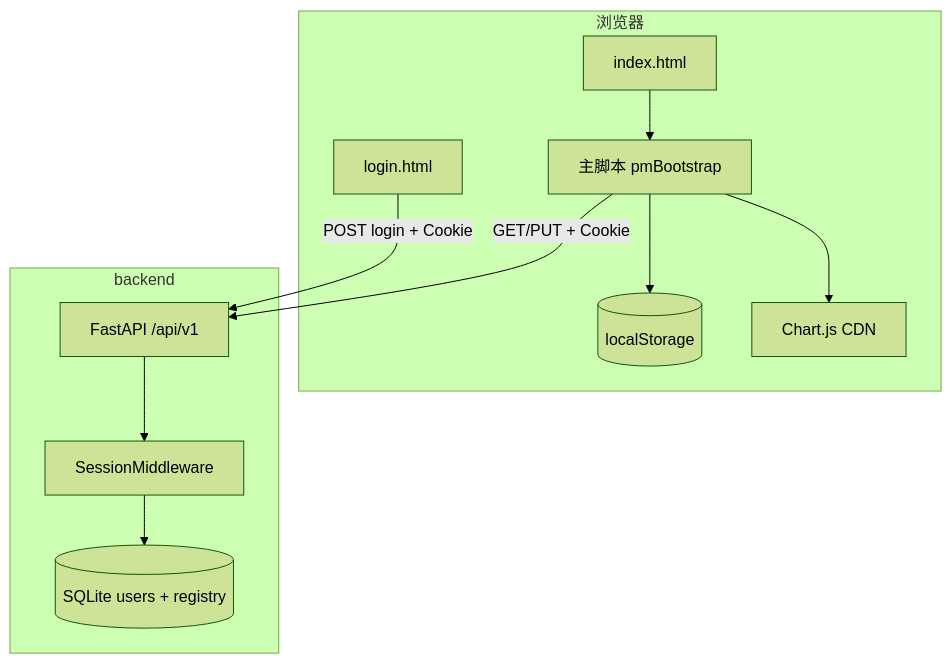
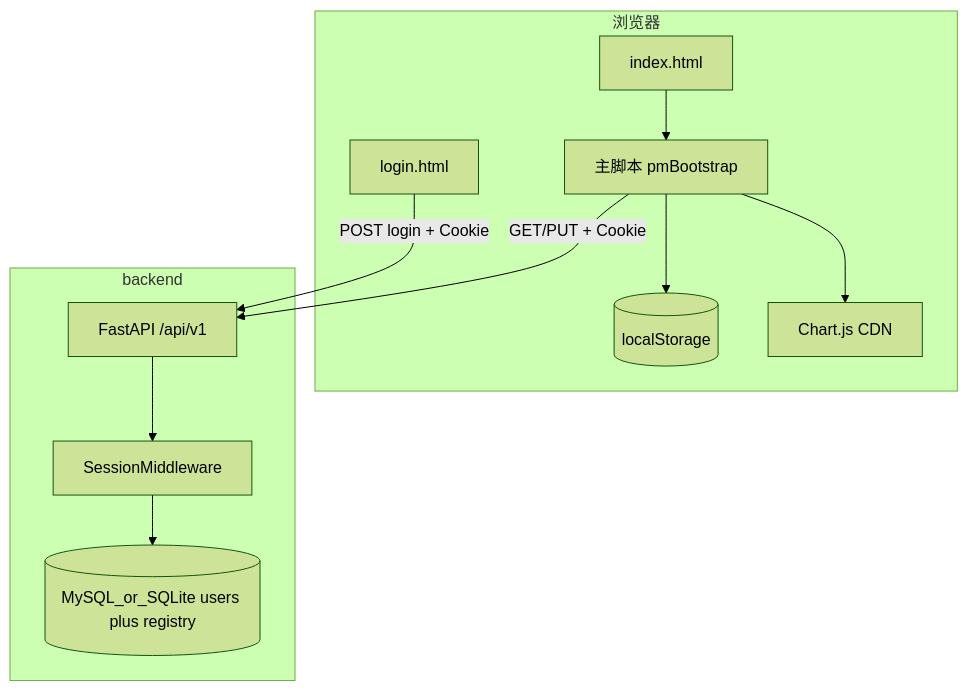
The first of 2 diagrams in docs/技术设计文档-项目管理登记工具.md (sky-ding/test), drawn with Mermaid (forest theme) before and after one commit. The commit also changed other lines of this file and 8 other files, not shown here.

````diff
--- a/docs/技术设计文档-项目管理登记工具.md
+++ b/docs/技术设计文档-项目管理登记工具.md
@@ -20,22 +20,22 @@
 ```mermaid
 flowchart TB
   subgraph Browser["浏览器"]
     LOGIN[login.html]
     HTML[index.html]
     S1[主脚本 pmBootstrap]
     LS[(localStorage)]
     CDN[Chart.js CDN]
   end
   subgraph Server["backend"]
     API[FastAPI /api/v1]
     SESS[SessionMiddleware]
-    DB[(SQLite users + registry)]
+    DB[(MySQL_or_SQLite users plus registry)]
   end
   LOGIN -->|POST login + Cookie| API
   HTML --> S1
   S1 --> LS
   S1 --> CDN
   S1 -->|GET/PUT + Cookie| API
   API --> SESS
   SESS --> DB
 ```
````
